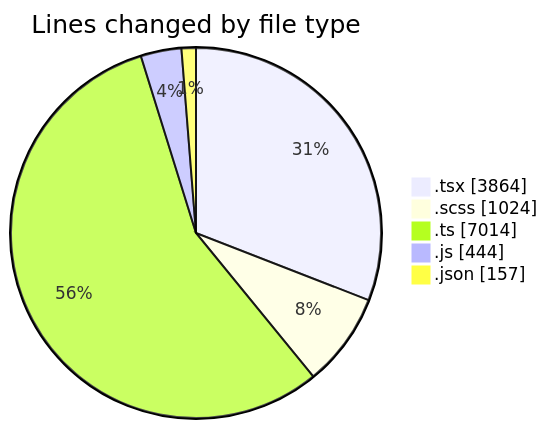
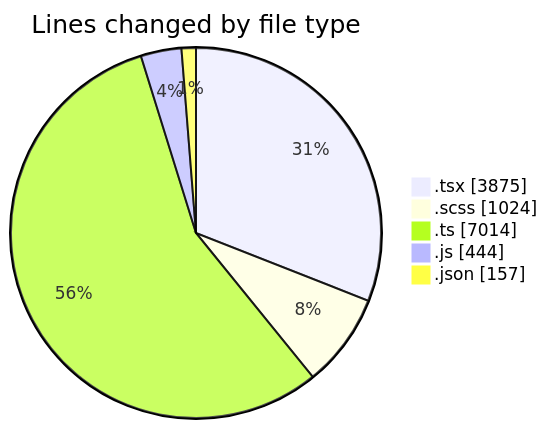
Before and after one commit to momahboobian/code-tracking: the first of 2 diagrams in 2026-04-23/cda/README.md, drawn with Mermaid. The commit also changed other lines of this file and 1 other file, not shown here.

````diff
--- a/2026-04-23/cda/README.md
+++ b/2026-04-23/cda/README.md
@@ -43,9 +43,9 @@
 ```mermaid
 pie showData
 title Lines changed by file type
-".tsx" : 3864
+".tsx" : 3875
 ".scss" : 1024
 ".ts" : 7014
 ".js" : 444
 ".json" : 157
 ```
````
